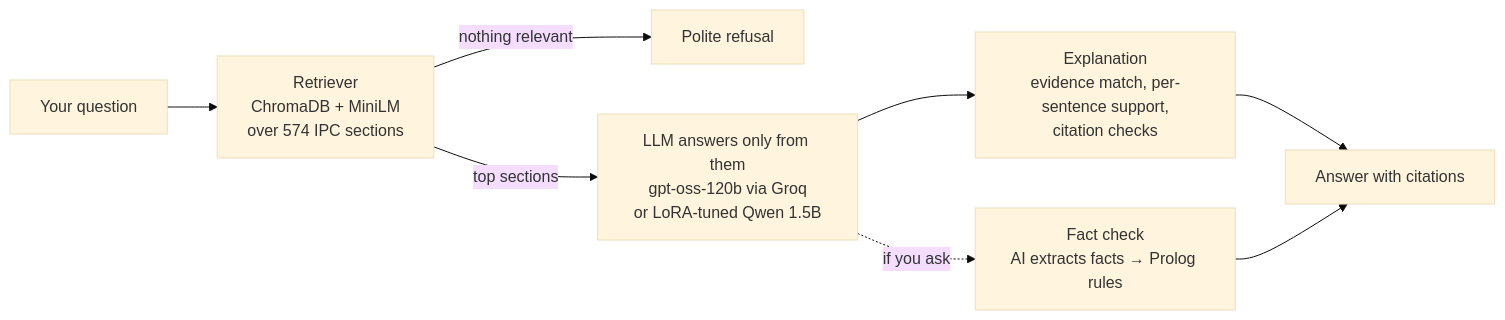
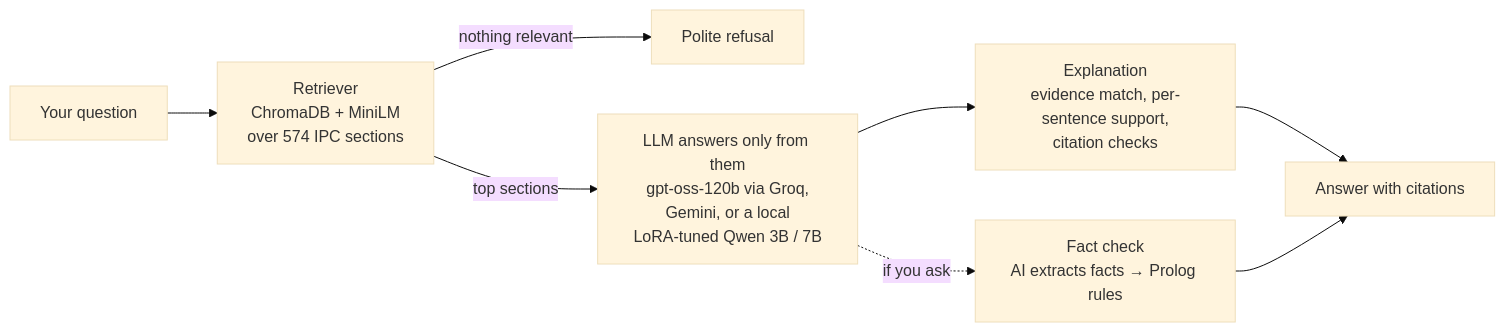
One commit to bhxvish/legalgpt changed the diagram in README.md. Above: the diagram before and after it, drawn with Mermaid (base theme). The commit also changed other lines of this file and 12 other files, not shown here.

````diff
--- a/README.md
+++ b/README.md
@@ -29,10 +29,10 @@
 ```mermaid
 flowchart LR
     Q[Your question] --> R[Retriever<br/>ChromaDB + MiniLM<br/>over 574 IPC sections]
     R -->|nothing relevant| X[Polite refusal]
-    R -->|top sections| G[LLM answers only from them<br/>gpt-oss-120b via Groq<br/>or LoRA-tuned Qwen 1.5B]
+    R -->|top sections| G[LLM answers only from them<br/>gpt-oss-120b via Groq,<br/>Gemini, or a local<br/>LoRA-tuned Qwen 3B / 7B]
     G --> E[Explanation<br/>evidence match, per-sentence support,<br/>citation checks]
     G -.->|if you ask| V[Fact check<br/>AI extracts facts → Prolog rules]
     E --> A[Answer with citations]
     V --> A
 ```
````
